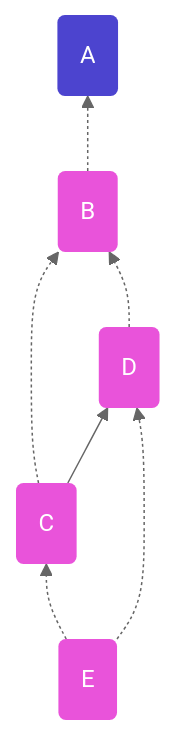
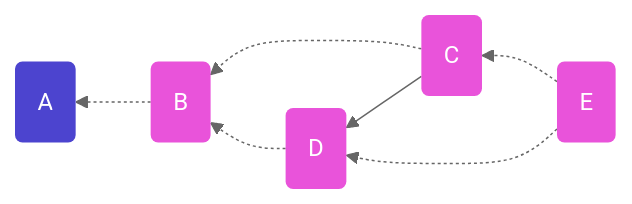
One commit to ssbc/sips changed the seventh of 7 diagrams in 009.md. Above: the diagram before and after it, drawn with Mermaid (neutral theme). The commit also changed other lines of this file, not shown here.

Commit message:
tangle: make all graphs RL

````diff
--- a/009.md
+++ b/009.md
@@ -375,12 +375,12 @@
 ```mermaid
-graph BT
+flowchart RL
 A(A):::root;B(B);E(E);C(C);D(D);
 
 E-.->C-.->B-.->A
 E-.->D-.->B
 C-->D
 
 %% styling
 classDef default fill: #e953da, stroke-width: 0, color: white
 classDef root fill: #4c44cf, stroke-width: 0, color: white
 ```
````
